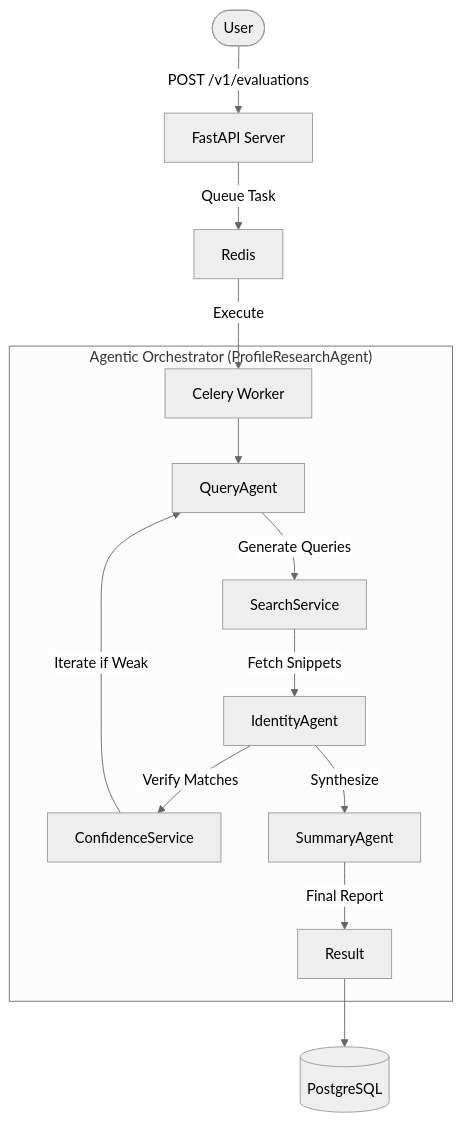
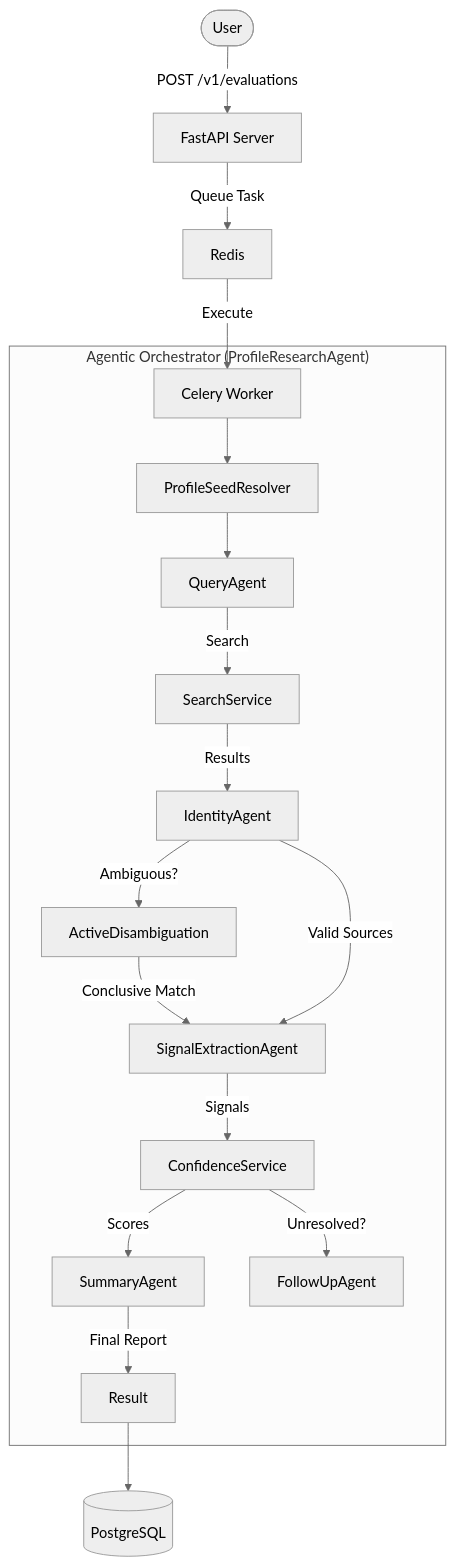
One commit to arjun-kshirsagar/profiling-ppl changed the diagram in README.md. Above: the diagram before and after it, drawn with Mermaid (neutral theme). The commit also changed other lines of this file and 14 other files, not shown here.

````diff
--- a/README.md
+++ b/README.md
@@ -32,18 +32,22 @@
 ```mermaid
 graph TD
     User([User]) -->|POST /v1/evaluations| API[FastAPI Server]
     API -->|Queue Task| Broker[Redis]
     Broker -->|Execute| Worker[Celery Worker]
 
     subgraph "Agentic Orchestrator (ProfileResearchAgent)"
-        Worker --> QA[QueryAgent]
-        QA -->|Generate Queries| SS[SearchService]
-        SS -->|Fetch Snippets| IA[IdentityAgent]
-        IA -->|Verify Matches| CL[ConfidenceService]
-        CL -->|Iterate if Weak| QA
-        IA -->|Synthesize| SA[SummaryAgent]
+        Worker --> PSRA[ProfileSeedResolver]
+        PSRA --> QA[QueryAgent]
+        QA -->|Search| SS[SearchService]
+        SS -->|Results| IA[IdentityAgent]
+        IA -->|Ambiguous?| ADA[ActiveDisambiguation]
+        ADA -->|Conclusive Match| SEA[SignalExtractionAgent]
+        IA -->|Valid Sources| SEA
+        SEA -->|Signals| CS[ConfidenceService]
+        CS -->|Scores| SA[SummaryAgent]
+        CS -->|Unresolved?| FUA[FollowUpAgent]
         SA -->|Final Report| Result
     end
 
     Result --> DB[(PostgreSQL)]
 ```
````
